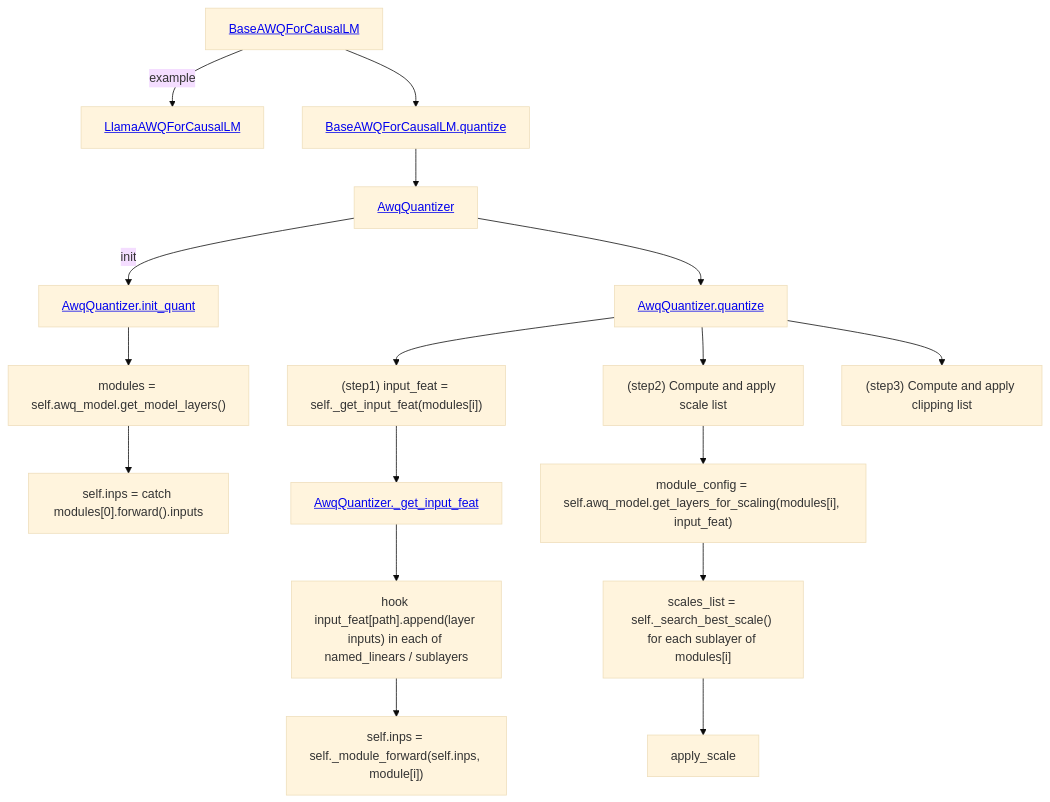
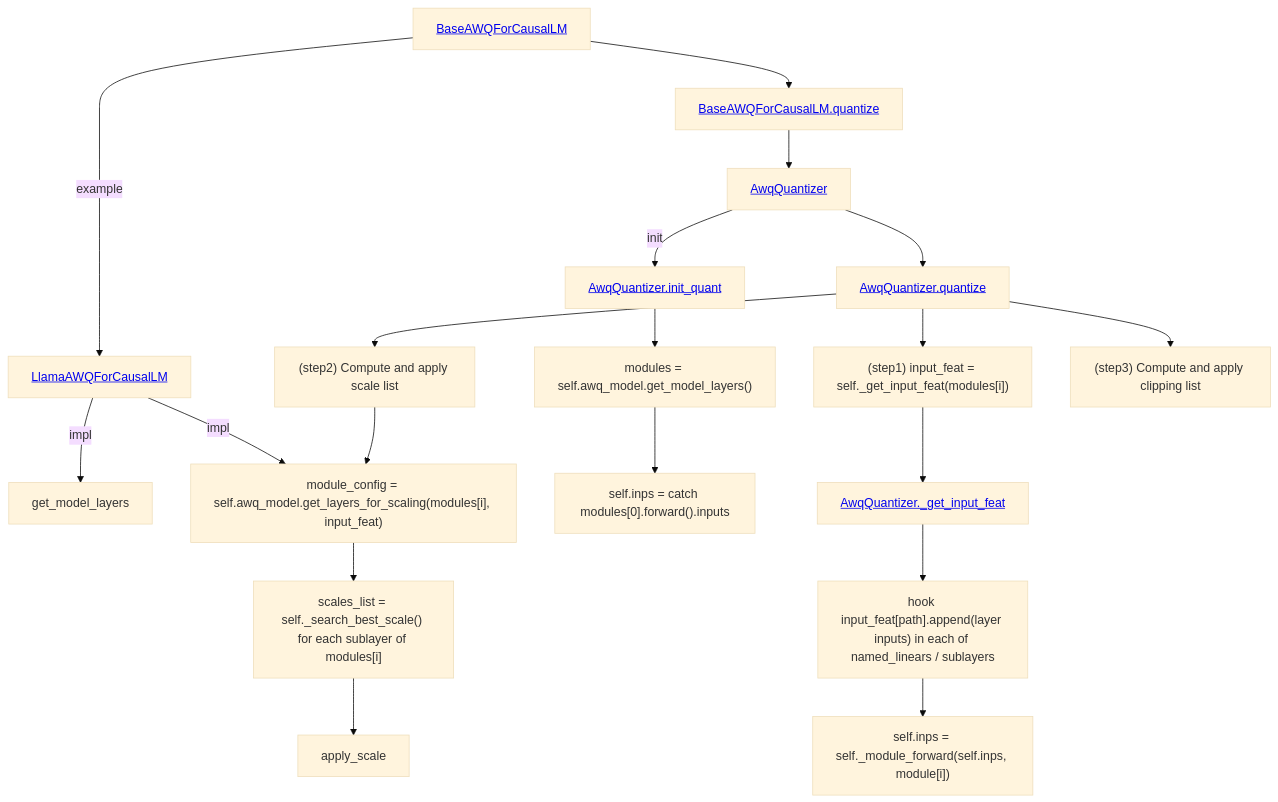
The diagram in README.md (w32zhong/AutoAWQ), drawn with Mermaid (base theme) before and after one commit.

````diff
--- a/README.md
+++ b/README.md
@@ -2,31 +2,34 @@
 ```mermaid
 graph TD;
     BaseAWQForCausalLM[<a href="https://github.com/w32zhong/AutoAWQ/blob/1c5787f5c44acc2753c0e30e4b59412343cb4a71/awq/models/base.py#L89">BaseAWQForCausalLM</a>]
     LlamaAWQForCausalLM[<a href="https://github.com/w32zhong/AutoAWQ/blob/1c5787f5c44acc2753c0e30e4b59412343cb4a71/awq/models/llama.py#L14">LlamaAWQForCausalLM</a>]
     BaseAWQForCausalLM -->|example| LlamaAWQForCausalLM
+    LlamaAWQForCausalLM -->|impl| get_model_layers
+    LlamaAWQForCausalLM -->|impl| get_layers_for_scaling
+
     BaseAWQForCausalLM_quantize[<a href="https://github.com/w32zhong/AutoAWQ/blob/1c5787f5c44acc2753c0e30e4b59412343cb4a71/awq/models/base.py#L129">BaseAWQForCausalLM.quantize</a>]
     BaseAWQForCausalLM --> BaseAWQForCausalLM_quantize --> AwqQuantizer
     AwqQuantizer[<a href="https://github.com/w32zhong/AutoAWQ/blob/1c5787f5c44acc2753c0e30e4b59412343cb4a71/awq/quantize/quantizer.py#L27">AwqQuantizer</a>]
     AwqQuantizer -->|init| AwqQuantizer.init_quant
     AwqQuantizer.init_quant[<a href="https://github.com/w32zhong/AutoAWQ/blob/1c5787f5c44acc2753c0e30e4b59412343cb4a71/awq/quantize/quantizer.py#L544">AwqQuantizer.init_quant</a>]
     AwqQuantizer.init_quant --> get_model_layers__call --> first_inp
     get_model_layers__call["modules = self.awq_model.get_model_layers()"]
     first_inp["self.inps = catch modules[0].forward().inputs"]
 
     AwqQuantizer --> AwqQuantizer.quantize
     AwqQuantizer.quantize[<a href="https://github.com/w32zhong/AutoAWQ/blob/1c5787f5c44acc2753c0e30e4b59412343cb4a71/awq/quantize/quantizer.py#L126">AwqQuantizer.quantize</a>]
     AwqQuantizer.quantize --> _get_input_feat__call --> _get_input_feat --> hook_sublayers --> _module_forward 
     _get_input_feat__call["(step1) input_feat = self._get_input_feat(modules[i])"]
     _get_input_feat[<a href="https://github.com/w32zhong/AutoAWQ/blob/1c5787f5c44acc2753c0e30e4b59412343cb4a71/awq/quantize/quantizer.py#L609">AwqQuantizer._get_input_feat</a>]
     hook_sublayers["hook input_feat[path].append(layer inputs) in each of named_linears / sublayers"]
     _module_forward["self.inps = self._module_forward(self.inps, module[i])"]
 
     AwqQuantizer.quantize --> step2
     AwqQuantizer.quantize --> step3
     step2["(step2) Compute and apply scale list"]
     step3["(step3) Compute and apply clipping list"]
 
     step2 --> get_layers_for_scaling --> _search_best_scale_call --> apply_scale
     get_layers_for_scaling["module_config = self.awq_model.get_layers_for_scaling(modules[i], input_feat)"]
     _search_best_scale_call["scales_list = self._search_best_scale() for each sublayer of modules[i]"]
 ```
````
